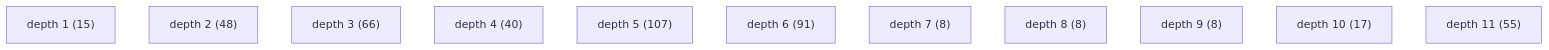
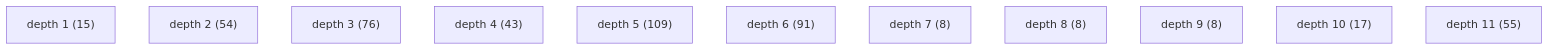
Before and after one commit to anomaloushuman/NovaDiff: the diagram in novadiff-docs/codebase-target/diagrams/depth-distribution.mmd, drawn with Mermaid. The commit also changed 493 other files, not shown here.

First line of the commit message:
refactor(src): full project rebuild with new architecture

```diff
--- a/novadiff-docs/codebase-target/diagrams/depth-distribution.mmd
+++ b/novadiff-docs/codebase-target/diagrams/depth-distribution.mmd
@@ -1,12 +1,12 @@
 flowchart TB
     d0["depth 1 (15)"]
-    d1["depth 2 (48)"]
-    d2["depth 3 (66)"]
-    d3["depth 4 (40)"]
-    d4["depth 5 (107)"]
+    d1["depth 2 (54)"]
+    d2["depth 3 (76)"]
+    d3["depth 4 (43)"]
+    d4["depth 5 (109)"]
     d5["depth 6 (91)"]
     d6["depth 7 (8)"]
     d7["depth 8 (8)"]
     d8["depth 9 (8)"]
     d9["depth 10 (17)"]
     d10["depth 11 (55)"]
```
